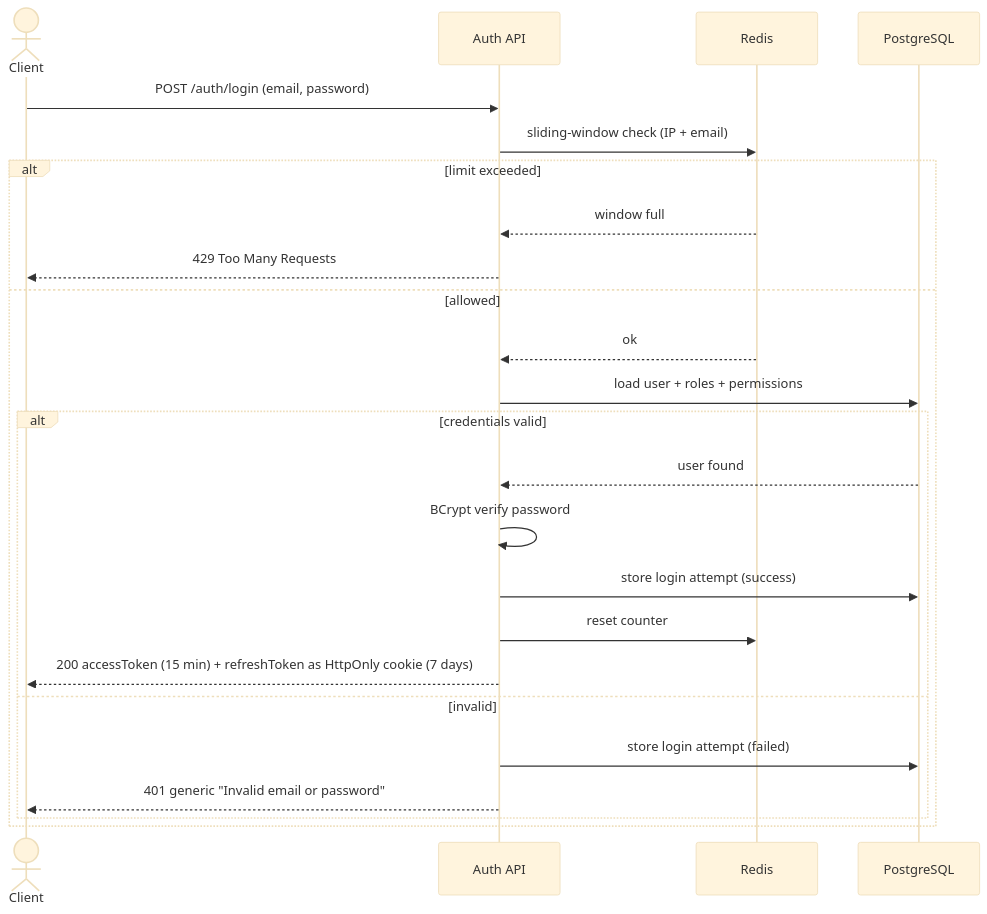
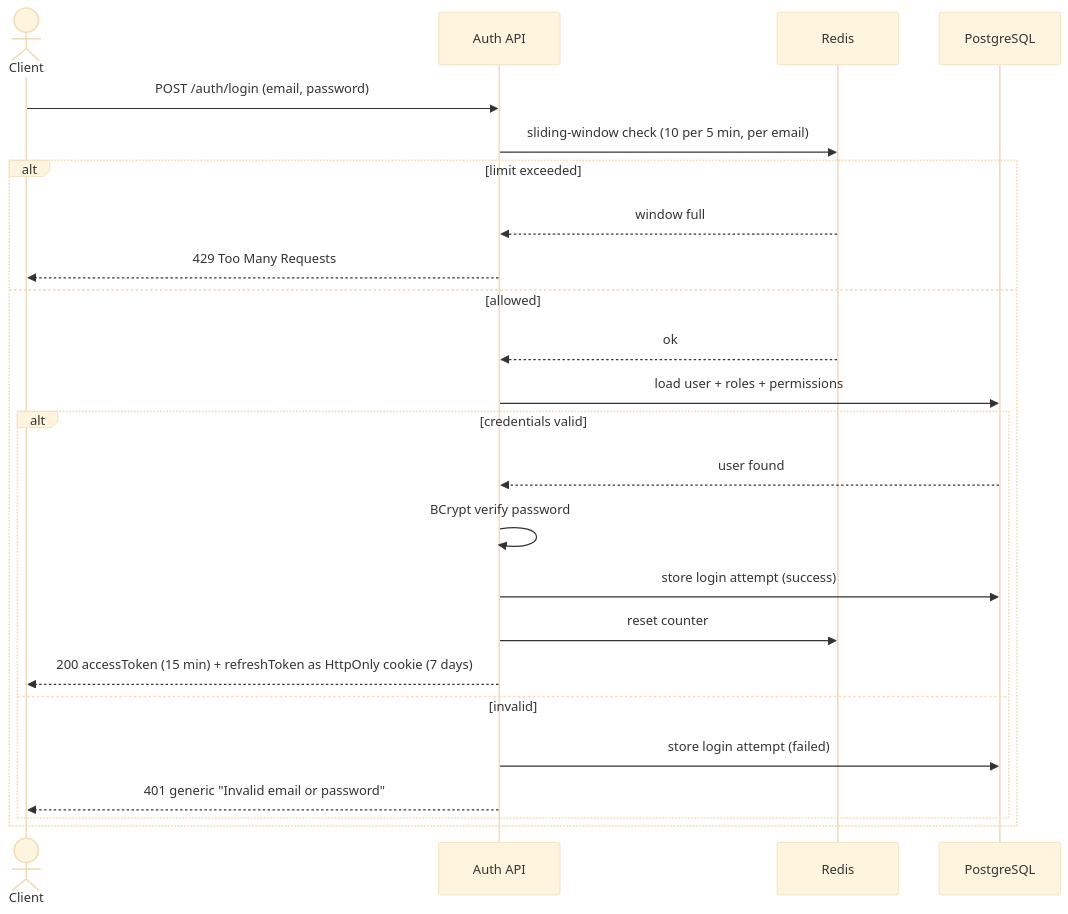
Before and after one commit to morshedmilton/TicketDeskPro-API: the first of 16 diagrams in README.md, drawn with Mermaid (base theme). The commit also changed other lines of this file, not shown here.

````diff
--- a/README.md
+++ b/README.md
@@ -33,27 +34,27 @@
 ```mermaid
 sequenceDiagram
     actor C as Client
     participant API as Auth API
     participant R as Redis
     participant DB as PostgreSQL
 
     C->>API: POST /auth/login (email, password)
-    API->>R: sliding-window check (IP + email)
+    API->>R: sliding-window check (10 per 5 min, per email)
     alt limit exceeded
         R-->>API: window full
         API-->>C: 429 Too Many Requests
     else allowed
         R-->>API: ok
         API->>DB: load user + roles + permissions
         alt credentials valid
             DB-->>API: user found
             API->>API: BCrypt verify password
             API->>DB: store login attempt (success)
             API->>R: reset counter
             API-->>C: 200 accessToken (15 min) + refreshToken as HttpOnly cookie (7 days)
         else invalid
             API->>DB: store login attempt (failed)
             API-->>C: 401 generic "Invalid email or password"
         end
     end
 ```
````
